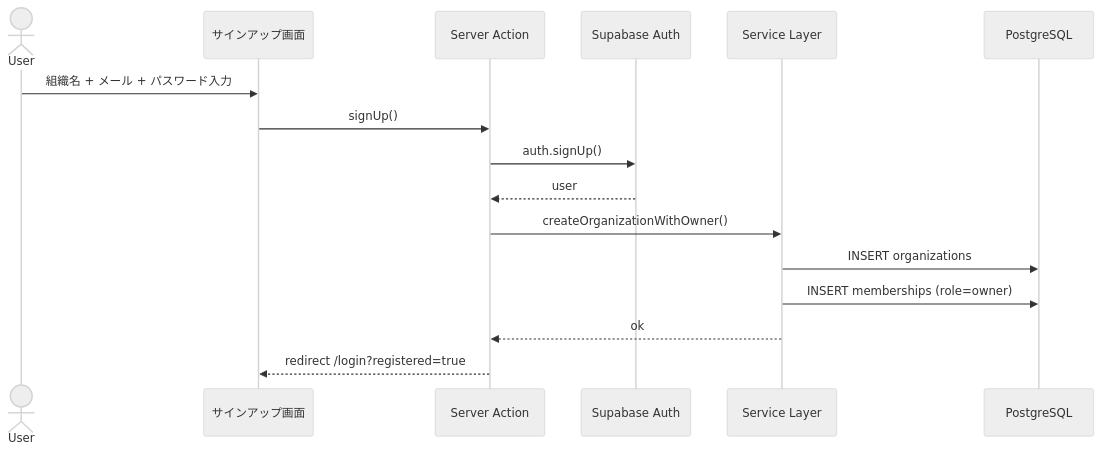
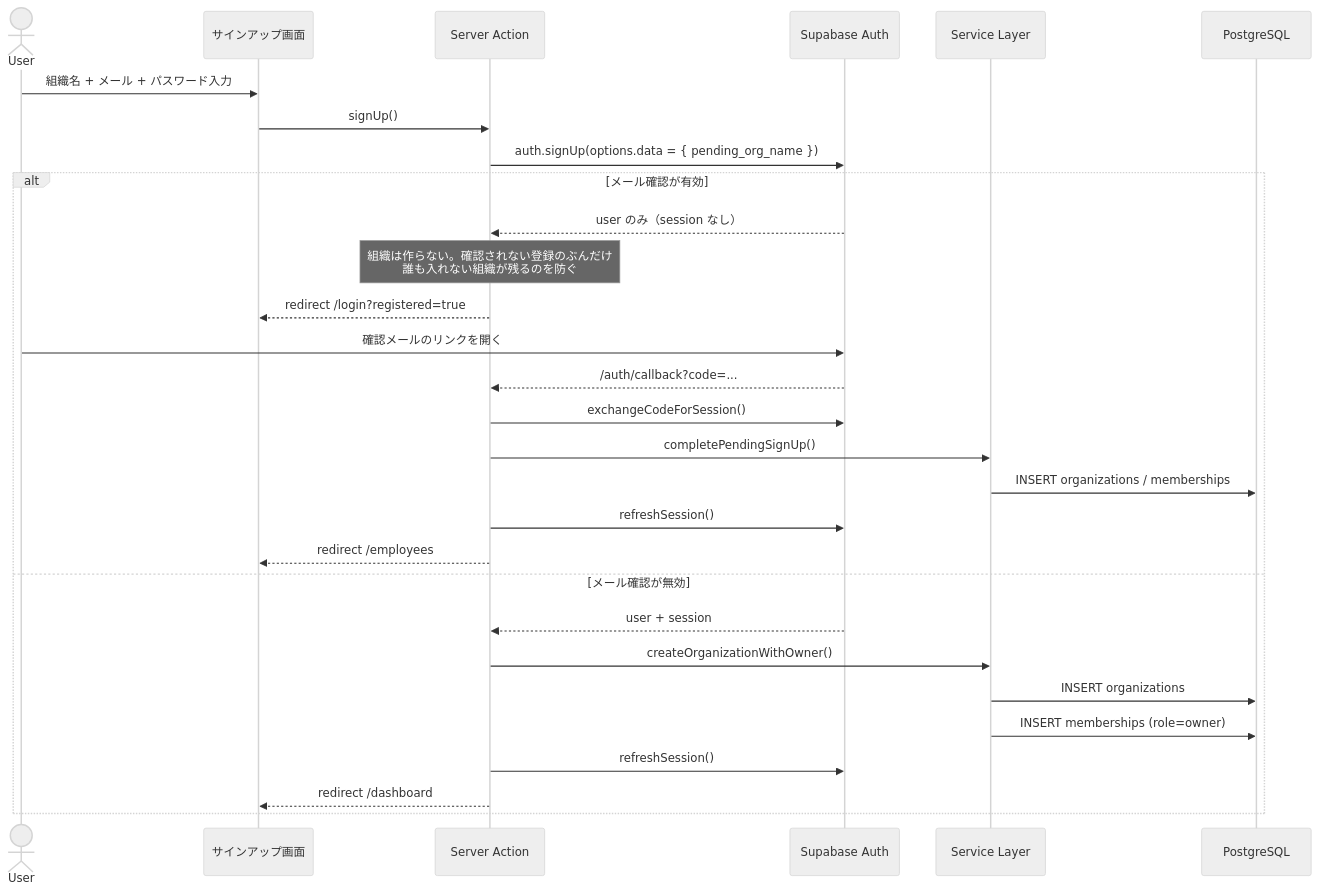
The first of 9 diagrams in docs/design/user-flows.md (TakuyaMiyashita/fondra-hr), drawn with Mermaid (neutral theme) before and after one commit. The commit also changed other lines of this file and 11 other files, not shown here.

````diff
--- a/docs/design/user-flows.md
+++ b/docs/design/user-flows.md
@@ -19,19 +19,32 @@
 ```mermaid
 sequenceDiagram
     actor User
     participant UI as サインアップ画面
     participant SA as Server Action
     participant Auth as Supabase Auth
     participant SVC as Service Layer
     participant DB as PostgreSQL
 
     User->>UI: 組織名 + メール + パスワード入力
     UI->>SA: signUp()
-    SA->>Auth: auth.signUp()
-    Auth-->>SA: user
-    SA->>SVC: createOrganizationWithOwner()
-    SVC->>DB: INSERT organizations
-    SVC->>DB: INSERT memberships (role=owner)
-    SVC-->>SA: ok
-    SA-->>UI: redirect /login?registered=true
+    SA->>Auth: auth.signUp(options.data = { pending_org_name })
+    alt メール確認が有効
+        Auth-->>SA: user のみ（session なし）
+        Note over SA: 組織は作らない。確認されない登録のぶんだけ<br/>誰も入れない組織が残るのを防ぐ
+        SA-->>UI: redirect /login?registered=true
+        User->>Auth: 確認メールのリンクを開く
+        Auth-->>SA: /auth/callback?code=...
+        SA->>Auth: exchangeCodeForSession()
+        SA->>SVC: completePendingSignUp()
+        SVC->>DB: INSERT organizations / memberships
+        SA->>Auth: refreshSession()
+        SA-->>UI: redirect /employees
+    else メール確認が無効
+        Auth-->>SA: user + session
+        SA->>SVC: createOrganizationWithOwner()
+        SVC->>DB: INSERT organizations
+        SVC->>DB: INSERT memberships (role=owner)
+        SA->>Auth: refreshSession()
+        SA-->>UI: redirect /dashboard
+    end
 ```
````
